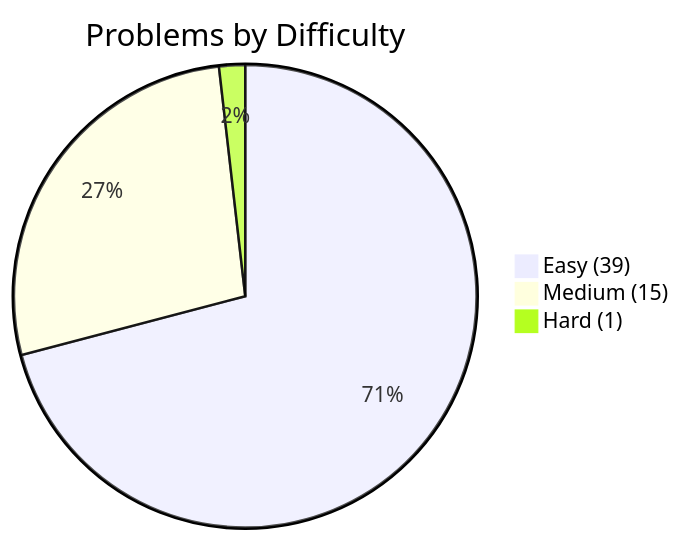
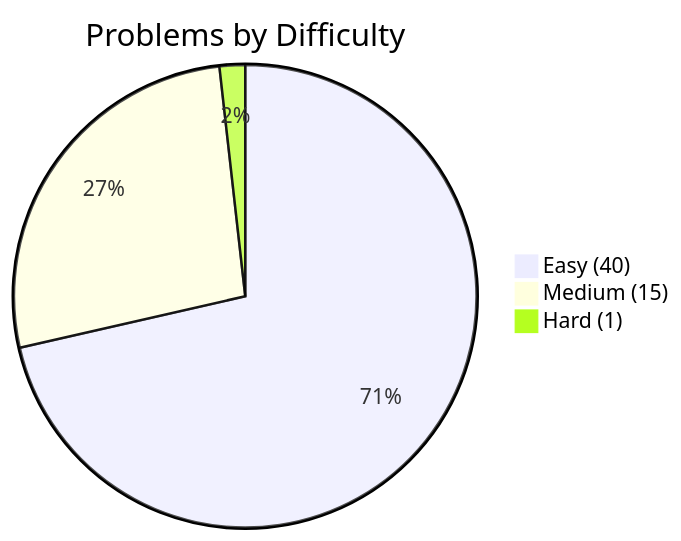
Before and after one commit to kanishk-procoder/leetcode-grind: the first of 2 diagrams in PROGRESS.md, drawn with Mermaid. The commit also changed other lines of this file and 4 other files, not shown here.

````diff
--- a/PROGRESS.md
+++ b/PROGRESS.md
@@ -5,6 +5,6 @@
 ```mermaid
 pie title Problems by Difficulty
-    "Easy (39)" : 39
+    "Easy (40)" : 40
     "Medium (15)" : 15
     "Hard (1)" : 1
 ```
````
